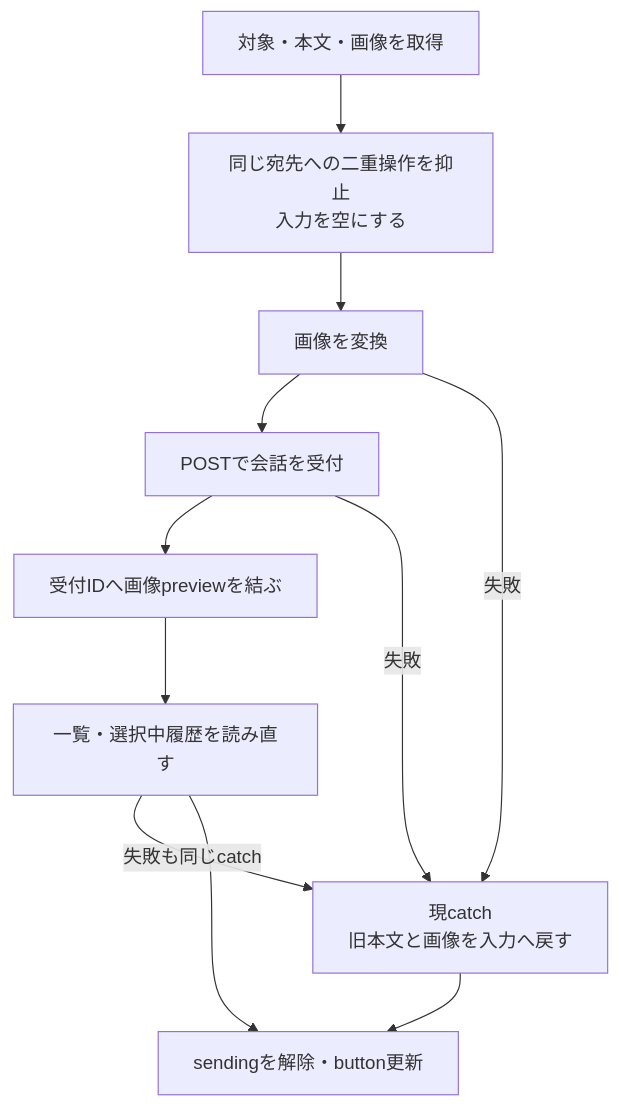
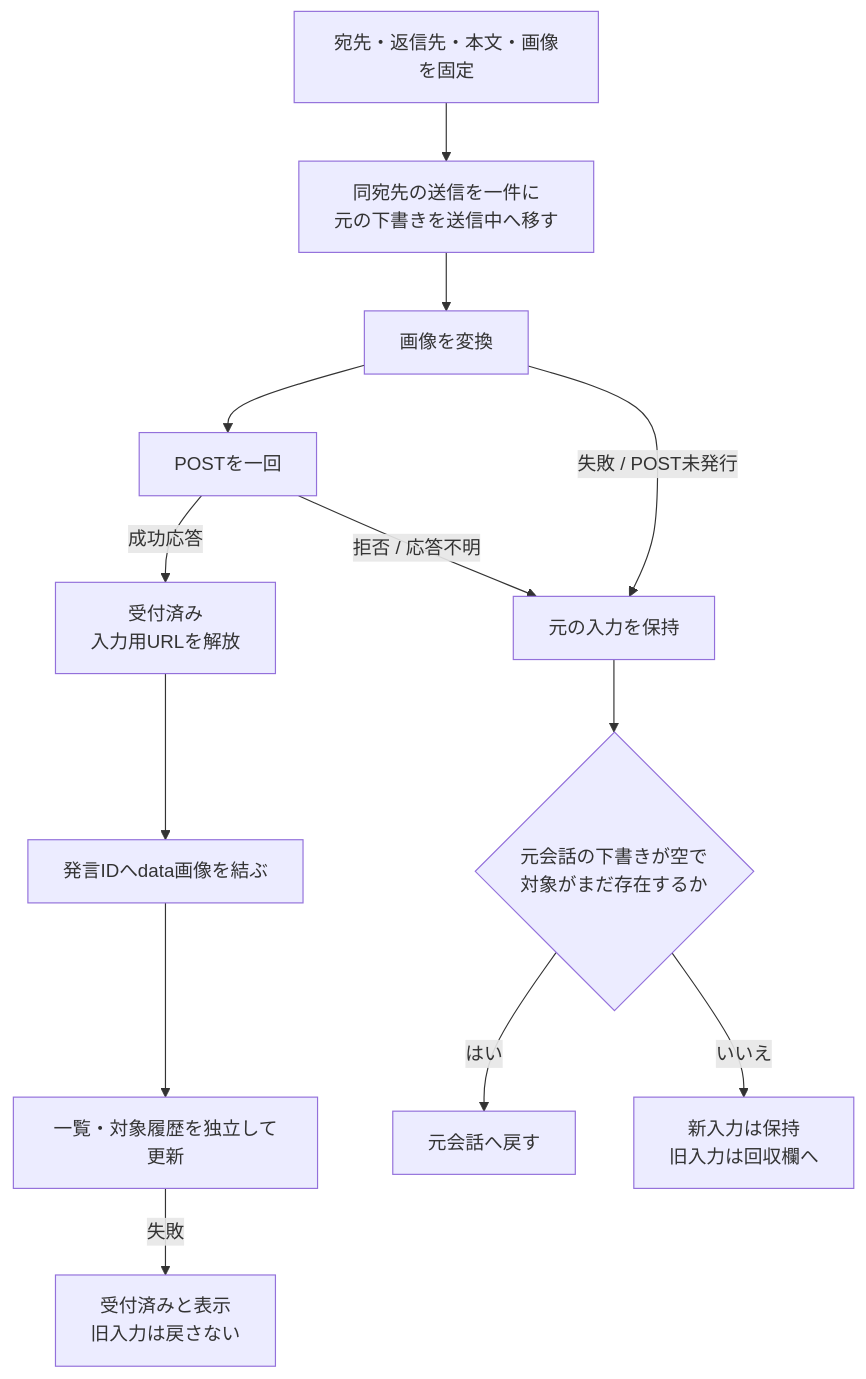
The second of 3 diagrams in docs/architecture/web-details.md (kitepon/BellTeam), drawn with Mermaid before and after one commit. The commit also changed other lines of this file and 18 other files, not shown here.

````diff
--- a/docs/architecture/web-details.md
+++ b/docs/architecture/web-details.md
@@ -54,13 +54,15 @@
 ```mermaid
 flowchart TD
-  Draft["対象・本文・画像を取得"] --> Claim["同じ宛先への二重操作を抑止<br/>入力を空にする"]
+  Draft["宛先・返信先・本文・画像を固定"] --> Claim["同宛先の送信を一件に<br/>元の下書きを送信中へ移す"]
   Claim --> Encode["画像を変換"]
-  Encode --> POST["POSTで会話を受付"]
-  POST --> Preview["受付IDへ画像previewを結ぶ"]
-  Preview --> Refresh["一覧・選択中履歴を読み直す"]
-  Encode -->|"失敗"| Catch["現catch<br/>旧本文と画像を入力へ戻す"]
-  POST -->|"失敗"| Catch
-  Refresh -->|"失敗も同じcatch"| Catch
-  Refresh --> Finally["sendingを解除・button更新"]
-  Catch --> Finally
+  Encode --> POST["POSTを一回"]
+  POST -->|"成功応答"| Accepted["受付済み<br/>入力用URLを解放"]
+  Accepted --> Preview["発言IDへdata画像を結ぶ"]
+  Preview --> Refresh["一覧・対象履歴を独立して更新"]
+  Refresh -->|"失敗"| Display["受付済みと表示<br/>旧入力は戻さない"]
+  Encode -->|"失敗 / POST未発行"| Retain["元の入力を保持"]
+  POST -->|"拒否 / 応答不明"| Retain
+  Retain --> Empty{"元会話の下書きが空で<br/>対象がまだ存在するか"}
+  Empty -->|"はい"| Restore["元会話へ戻す"]
+  Empty -->|"いいえ"| Recover["新入力は保持<br/>旧入力は回収欄へ"]
 ```
````
